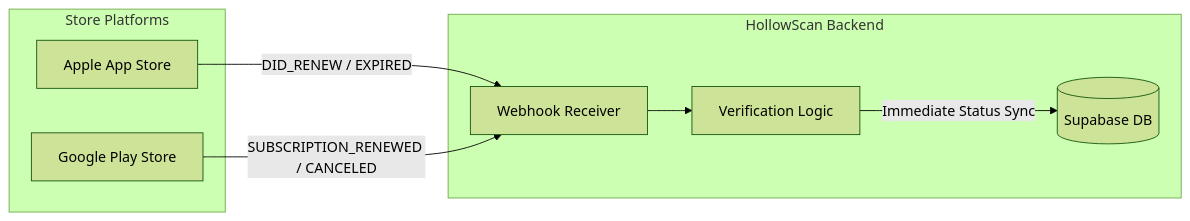
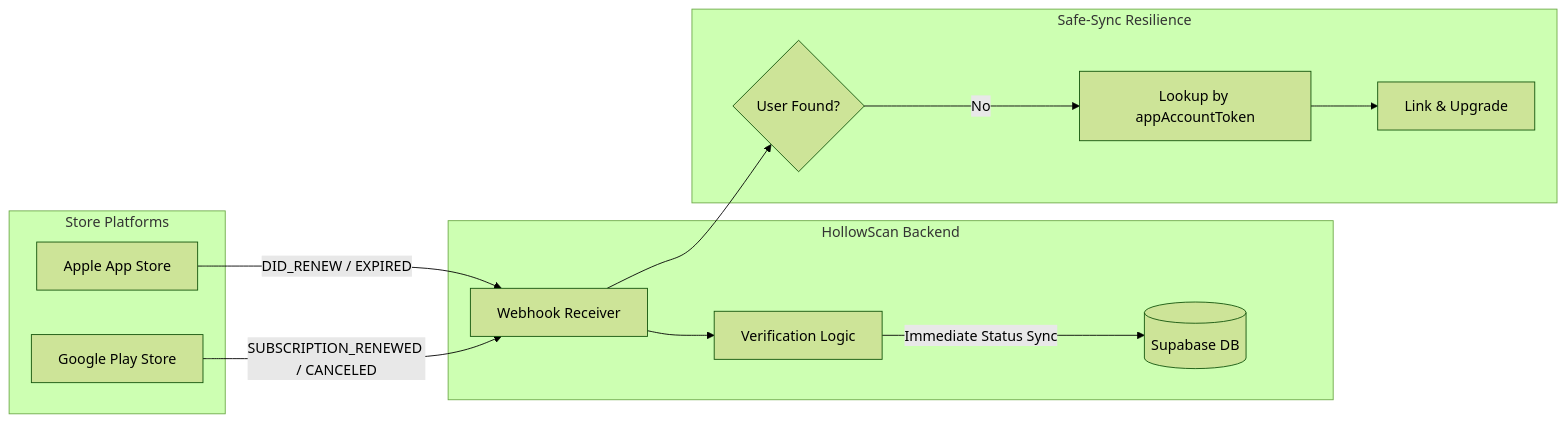
The fourth of 6 diagrams in README.md (joshuatochinwachi/HollowScan-Mobile-App), drawn with Mermaid (forest theme) before and after one commit. The commit also changed other lines of this file and 2 other files, not shown here.

````diff
--- a/README.md
+++ b/README.md
@@ -311,18 +312,25 @@
 ```mermaid
 graph LR
     subgraph "Store Platforms"
         AS[Apple App Store]
         GP[Google Play Store]
     end
 
     subgraph "HollowScan Backend"
         WH[Webhook Receiver]
         VLD[Verification Logic]
         SPB[(Supabase DB)]
     end
 
     AS -->|DID_RENEW / EXPIRED| WH
     GP -->|SUBSCRIPTION_RENEWED / CANCELED| WH
     WH --> VLD
     VLD -->|Immediate Status Sync| SPB
+
+    %% FALLBACK LOGIC
+    subgraph "Safe-Sync Resilience"
+        WH --> lookup{User Found?}
+        lookup -- No --> fallback[Lookup by appAccountToken]
+        fallback --> update[Link & Upgrade]
+    end
 ```
````
